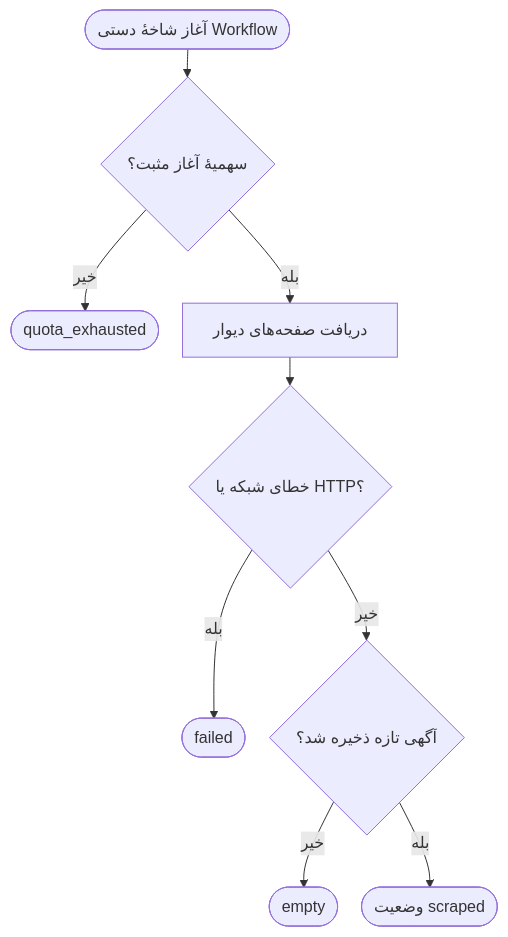
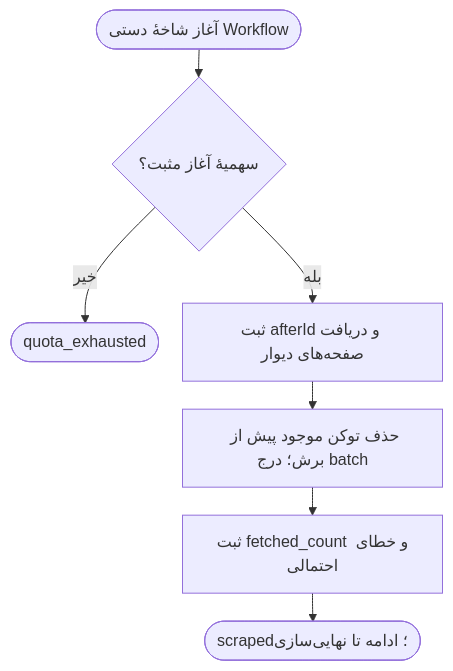
The ninth of 16 diagrams in OOAD_MANUAL_FETCH_FA.md (f4r6d/divar-housing-finder), drawn with Mermaid before and after one commit. The commit also changed other lines of this file and 3 other files, not shown here.

````diff
--- a/OOAD_MANUAL_FETCH_FA.md
+++ b/OOAD_MANUAL_FETCH_FA.md
@@ -853,12 +874,10 @@
 ```mermaid
 %%{init: {'flowchart': {'nodeSpacing': 24, 'rankSpacing': 28}}}%%
 flowchart TD
   A([آغاز شاخهٔ دستی Workflow]) --> B{سهمیهٔ آغاز مثبت؟}
   B -- خیر --> B1([quota_exhausted])
-  B -- بله --> C[دریافت صفحه‌های دیوار]
-  C --> D{خطای شبکه یا HTTP؟}
-  D -- بله --> D1([failed])
-  D -- خیر --> E{آگهی تازه ذخیره شد؟}
-  E -- خیر --> E1([empty])
-  E -- بله --> F([وضعیت scraped])
+  B -- بله --> C[ثبت afterId و دریافت صفحه‌های دیوار]
+  C --> D[حذف توکن موجود پیش از برش؛ درج batch]
+  D --> E[ثبت fetched_count و خطای احتمالی]
+  E --> F([scraped؛ ادامه تا نهایی‌سازی])
 ```
````
